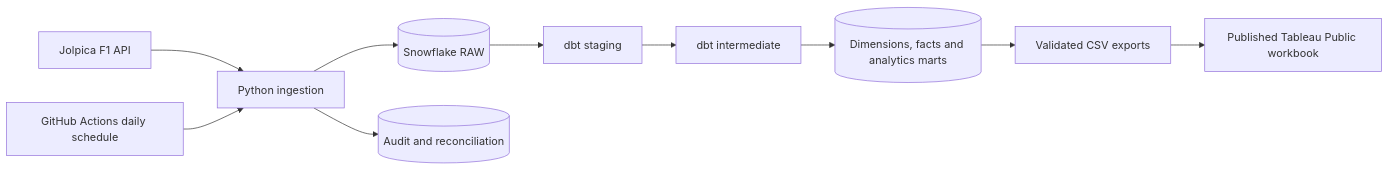
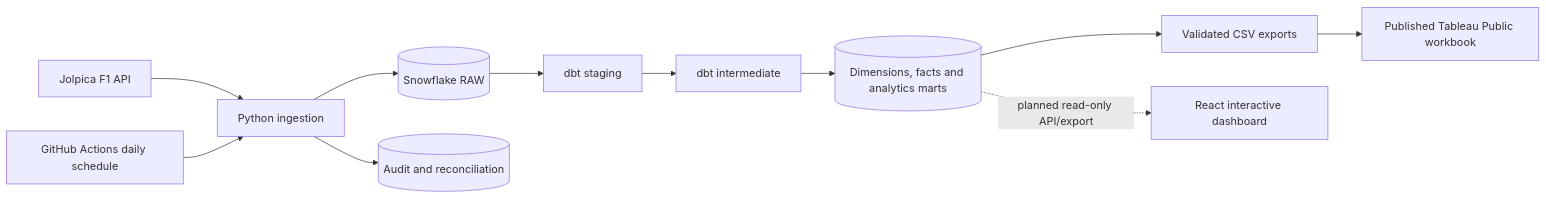
Before and after one commit to boseaditya1994/formula1-analytics-engineering: the diagram in README.md, drawn with Mermaid. The commit also changed other lines of this file and 108 other files, not shown here.

Commit message:
feat: add secure React championship dashboard

````diff
--- a/README.md
+++ b/README.md
@@ -7,12 +7,13 @@
 ```mermaid
 flowchart LR
     API[Jolpica F1 API] --> PY[Python ingestion]
     PY --> RAW[(Snowflake RAW)]
     RAW --> STG[dbt staging]
     STG --> INT[dbt intermediate]
     INT --> MART[(Dimensions, facts and analytics marts)]
     MART --> CSV[Validated CSV exports]
     CSV --> BI[Published Tableau Public workbook]
+    MART -. planned read-only API/export .-> REACT[React interactive dashboard]
     GHA[GitHub Actions daily schedule] --> PY
     PY --> AUDIT[(Audit and reconciliation)]
 ```
````
